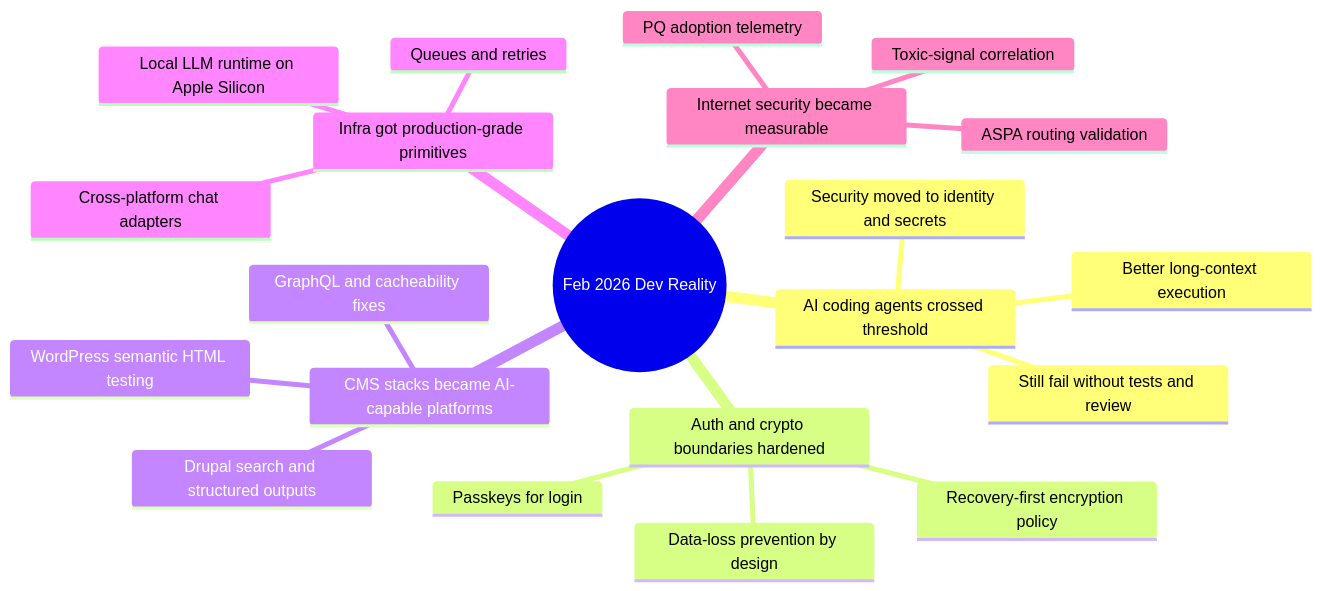
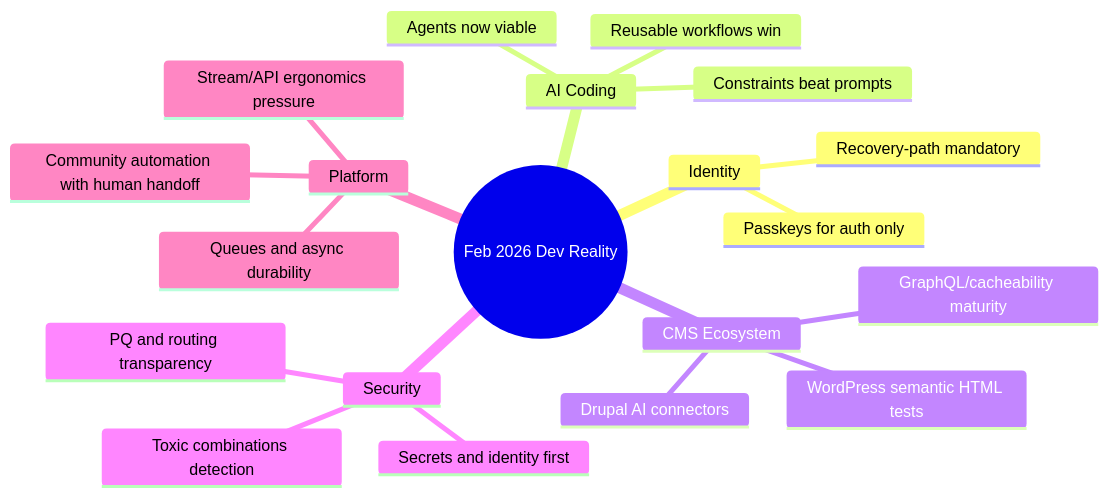
The diagram in blog/2026-02-28-please-please-please-stop-using-passkeys-for-encrypting-user.md (victorstack-ai/agent-blog), drawn with Mermaid before and after one commit. The commit also changed other lines of this file, not shown here.

Commit message:
Publish learning devlog: 2026-02-28-please-please-please-stop-using-passkeys-for-encrypting-user

````diff
--- a/blog/2026-02-28-please-please-please-stop-using-passkeys-for-encrypting-user.md
+++ b/blog/2026-02-28-please-please-please-stop-using-passkeys-for-encrypting-user.md
@@ -230,24 +132,23 @@
 ```mermaid
 mindmap
   root((Feb 2026 Dev Reality))
-    AI coding agents crossed threshold
-      Better long-context execution
-      Still fail without tests and review
-      Security moved to identity and secrets
-    Auth and crypto boundaries hardened
-      Passkeys for login
-      Recovery-first encryption policy
-      Data-loss prevention by design
-    CMS stacks became AI-capable platforms
-      Drupal search and structured outputs
-      GraphQL and cacheability fixes
-      WordPress semantic HTML testing
-    Infra got production-grade primitives
-      Queues and retries
-      Cross-platform chat adapters
-      Local LLM runtime on Apple Silicon
-    Internet security became measurable
-      PQ adoption telemetry
-      ASPA routing validation
-      Toxic-signal correlation
+    Identity
+      Passkeys for auth only
+      Recovery-path mandatory
+    AI Coding
+      Agents now viable
+      Constraints beat prompts
+      Reusable workflows win
+    CMS Ecosystem
+      Drupal AI connectors
+      GraphQL/cacheability maturity
+      WordPress semantic HTML tests
+    Security
+      Secrets and identity first
+      Toxic combinations detection
+      PQ and routing transparency
+    Platform
+      Queues and async durability
+      Stream/API ergonomics pressure
+      Community automation with human handoff
 ```
````
